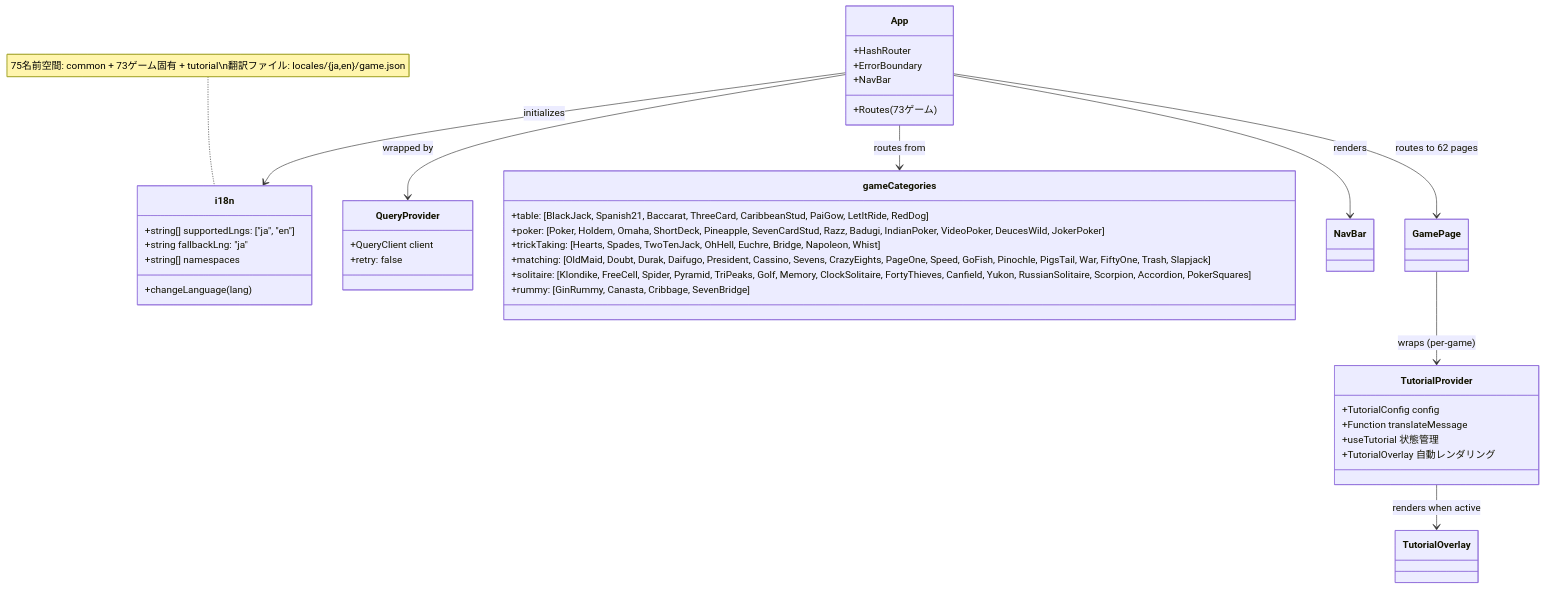
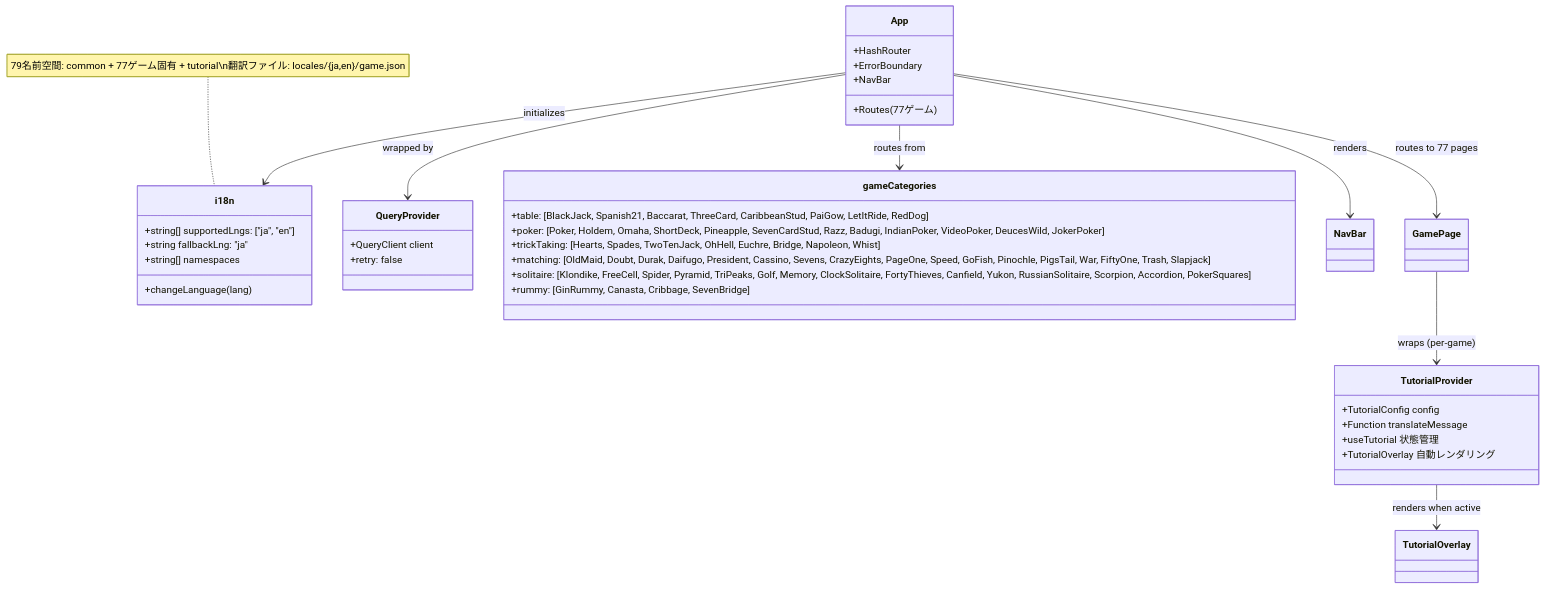
One commit to yuta-yoshinaga/go_trumpcards changed the ninth of 40 diagrams in docs/design/frontend.md. Above: the diagram before and after it, drawn with Mermaid. The commit also changed other lines of this file and 4 other files, not shown here.

````diff
--- a/docs/design/frontend.md
+++ b/docs/design/frontend.md
@@ -1882,47 +1882,47 @@
 ```mermaid
 classDiagram
     class i18n {
         +string[] supportedLngs: ["ja", "en"]
         +string fallbackLng: "ja"
         +string[] namespaces
         +changeLanguage(lang)
     }
 
     class QueryProvider {
         +QueryClient client
         +retry: false
     }
 
     class App {
         +HashRouter
         +ErrorBoundary
         +NavBar
-        +Routes (73ゲーム)
+        +Routes (77ゲーム)
     }
 
     class gameCategories {
         +table: [BlackJack, Spanish21, Baccarat, ThreeCard, CaribbeanStud, PaiGow, LetItRide, RedDog]
         +poker: [Poker, Holdem, Omaha, ShortDeck, Pineapple, SevenCardStud, Razz, Badugi, IndianPoker, VideoPoker, DeucesWild, JokerPoker]
         +trickTaking: [Hearts, Spades, TwoTenJack, OhHell, Euchre, Bridge, Napoleon, Whist]
         +matching: [OldMaid, Doubt, Durak, Daifugo, President, Cassino, Sevens, CrazyEights, PageOne, Speed, GoFish, Pinochle, PigsTail, War, FiftyOne, Trash, Slapjack]
         +solitaire: [Klondike, FreeCell, Spider, Pyramid, TriPeaks, Golf, Memory, ClockSolitaire, FortyThieves, Canfield, Yukon, RussianSolitaire, Scorpion, Accordion, PokerSquares]
         +rummy: [GinRummy, Canasta, Cribbage, SevenBridge]
     }
 
     class TutorialProvider {
         +TutorialConfig config
         +Function translateMessage
         +useTutorial 状態管理
         +TutorialOverlay 自動レンダリング
     }
 
     App --> QueryProvider : wrapped by
     App --> i18n : initializes
     App --> gameCategories : routes from
     App --> NavBar : renders
-    App --> GamePage : routes to 62 pages
+    App --> GamePage : routes to 77 pages
     GamePage --> TutorialProvider : wraps (per-game)
     TutorialProvider --> TutorialOverlay : renders when active
 
-    note for i18n "75名前空間: common + 73ゲーム固有 + tutorial\n翻訳ファイル: locales/{ja,en}/game.json"
+    note for i18n "79名前空間: common + 77ゲーム固有 + tutorial\n翻訳ファイル: locales/{ja,en}/game.json"
 ```
````
